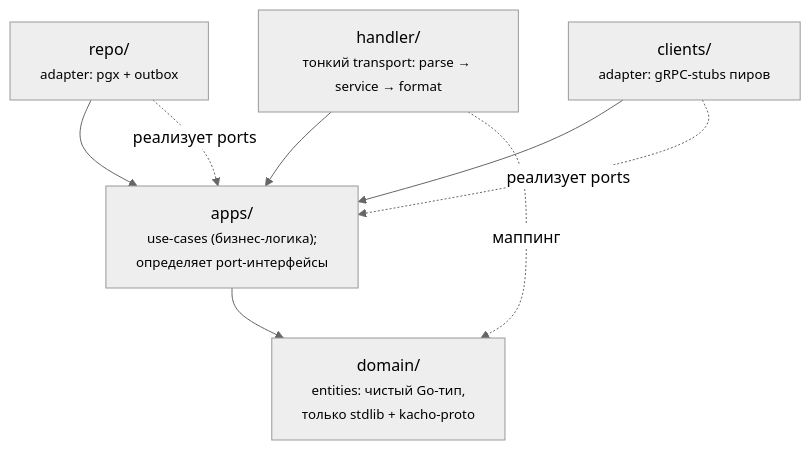
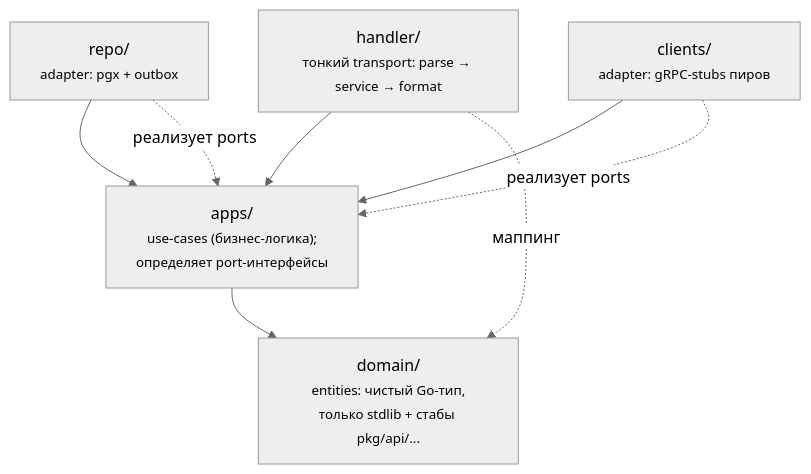
The first of 3 diagrams in services/vpc/docs/content/architecture/overview.mdx (PRO-Robotech/kacho), drawn with Mermaid (neutral theme) before and after one commit. The commit also changed other lines of this file and 591 other files, not shown here.

````diff
--- a/services/vpc/docs/content/architecture/overview.mdx
+++ b/services/vpc/docs/content/architecture/overview.mdx
@@ -30,16 +30,16 @@
 ```mermaid
 flowchart TD
   handler["handler/<br/><small>тонкий transport: parse → service → format</small>"]
   service["apps/<br/><small>use-cases (бизнес-логика);<br/>определяет port-интерфейсы</small>"]
-  domain["domain/<br/><small>entities: чистый Go-тип,<br/>только stdlib + kacho-proto</small>"]
+  domain["domain/<br/><small>entities: чистый Go-тип,<br/>только stdlib + стабы pkg/api/...</small>"]
   repo["repo/<br/><small>adapter: pgx + outbox</small>"]
   clients["clients/<br/><small>adapter: gRPC-stubs пиров</small>"]
 
   handler --> service
   repo --> service
   clients --> service
   service --> domain
   handler -. маппинг .-> domain
   repo -. реализует ports .-> service
   clients -. реализует ports .-> service
 ```
````
